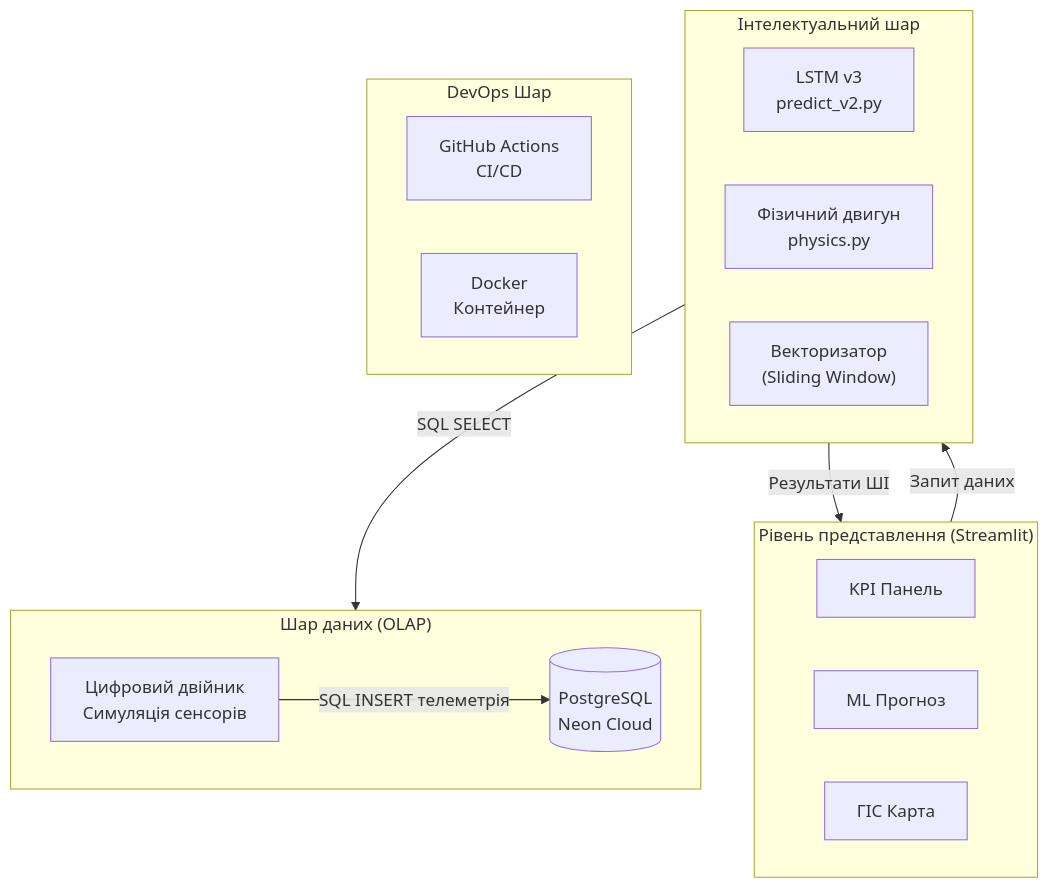
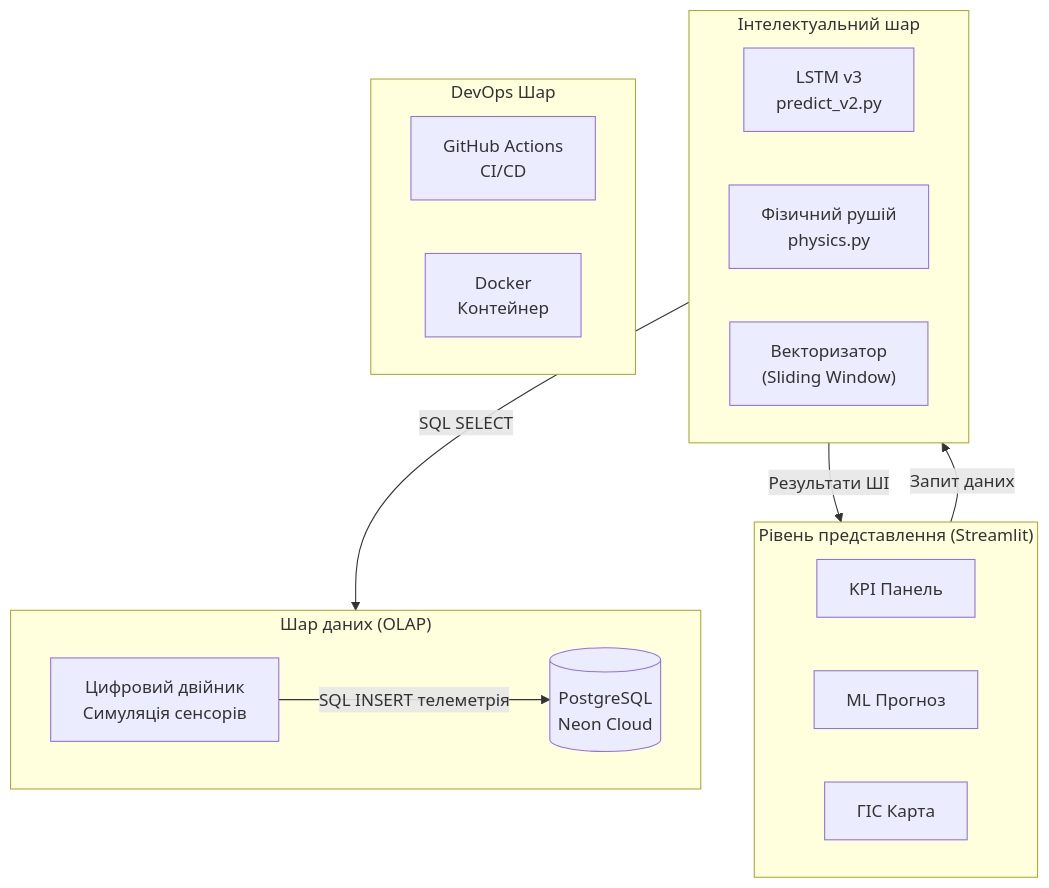
One commit to Lutvunenko-Dmutro/EnergyMonitor-OLAP changed the first of 3 diagrams in docs/thesis/THESIS_1_THEORY.md. Above: the diagram before and after it, drawn with Mermaid. The commit also changed other lines of this file and 16 other files, not shown here.

````diff
--- a/docs/thesis/THESIS_1_THEORY.md
+++ b/docs/thesis/THESIS_1_THEORY.md
@@ -15,33 +10,33 @@
 ```mermaid
 graph TB
     subgraph UI["Рівень представлення (Streamlit)"]
         direction LR
         A1["KPI Панель"]
         A2["ML Прогноз"]
         A3["ГІС Карта"]
     end
 
     subgraph CORE["Інтелектуальний шар"]
         direction LR
         B1["LSTM v3\npredict_v2.py"]
-        B3["Фізичний двигун\nphysics.py"]
+        B3["Фізичний рушій\nphysics.py"]
         B4["Векторизатор\n(Sliding Window)"]
     end
 
     subgraph DATA["Шар даних (OLAP)"]
         direction LR
         C1[("PostgreSQL\nNeon Cloud")]
         C3["Цифровий двійник\nСимуляція сенсорів"]
     end
 
     subgraph DEVOPS["DevOps Шар"]
         direction LR
         D1["GitHub Actions\nCI/CD"]
         D2["Docker\nКонтейнер"]
     end
 
     UI -->|"Запит даних"| CORE
     CORE -->|"SQL SELECT"| DATA
     C3 -->|"SQL INSERT телеметрія"| C1
     B1 -->|"Результати ШІ"| UI
 ```
````
